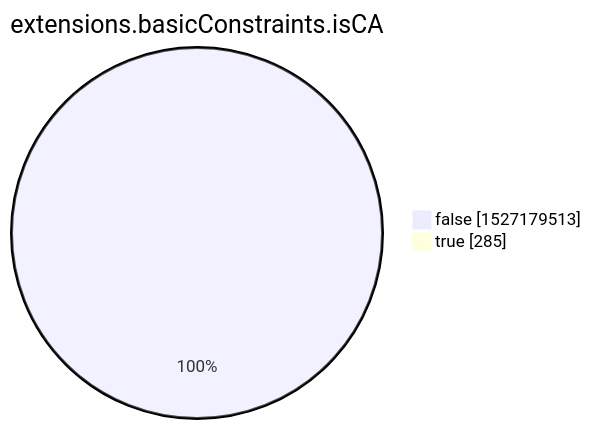
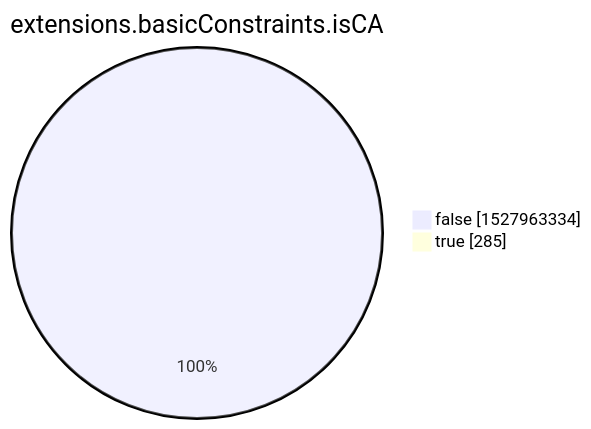
Before and after one commit to christiankrug/ctmonitor_visualization: the eighth of 15 diagrams in xenon2022/README.md, drawn with Mermaid. The commit also changed other lines of this file, not shown here.

````diff
--- a/xenon2022/README.md
+++ b/xenon2022/README.md
@@ -2857,6 +2857,6 @@
 ```mermaid
 pie showData
 title extensions.basicConstraints.isCA
-"false" :1527179513
+"false" :1527963334
 "true" :285
 ```
````
